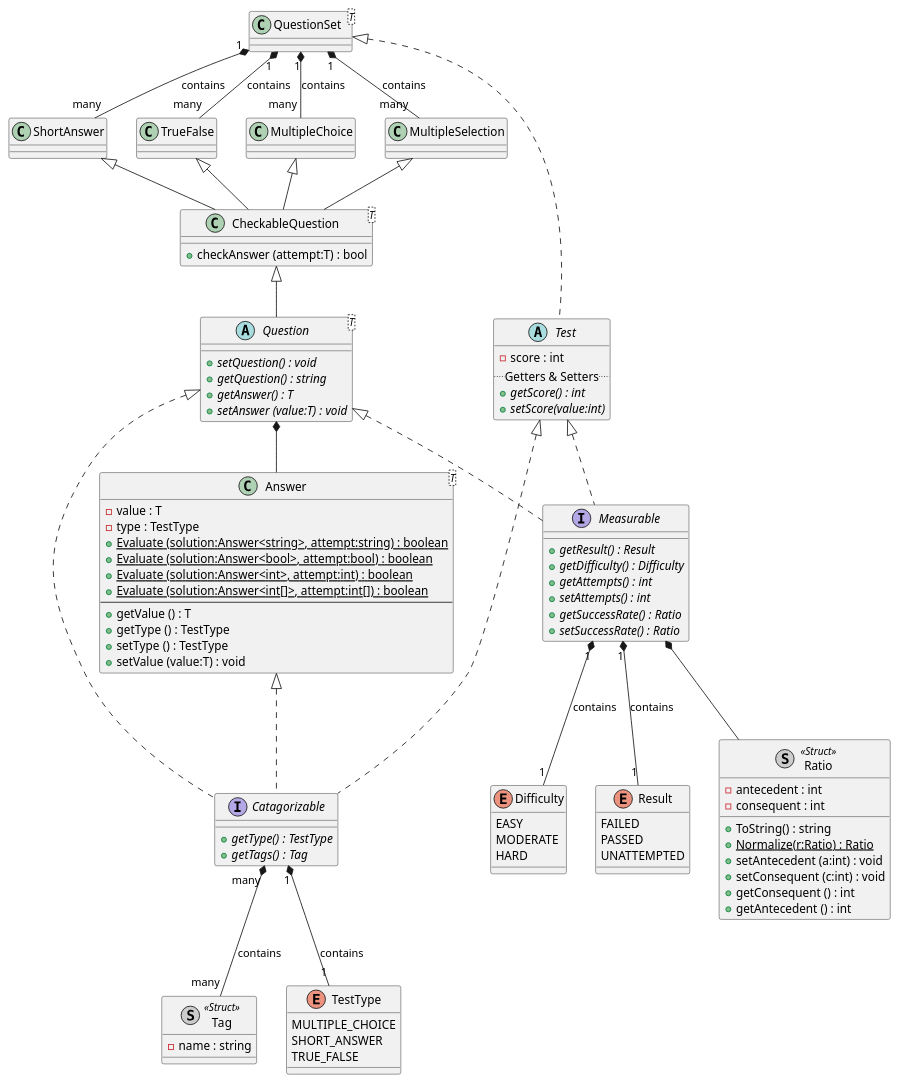
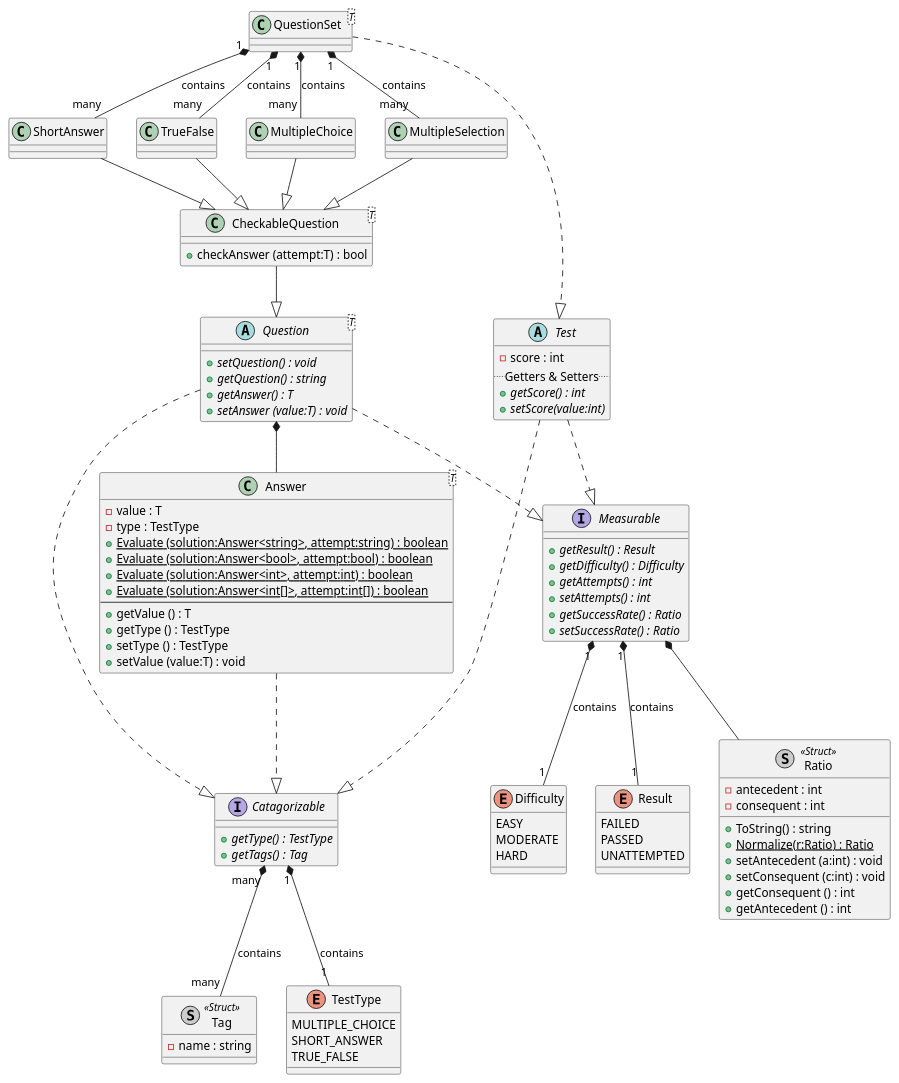
The diagram in uml/classes.puml (benjm-ma/quizzical), drawn with PlantUML before and after one commit.

Commit message:
Fixed some errors, adjusted the use of some notations

```diff
--- a/uml/classes.puml
+++ b/uml/classes.puml
@@ -1,113 +1,118 @@
-@startuml quizr
+@startuml quizzical
 
 
 class Tag << (S,#cccccc) Struct >>
 class Tag {
     - name : string
 }
 
 class Ratio << (S,#cccccc) Struct >>
 class Ratio {
     - antecedent : int
     - consequent : int
     + ToString() : string
     + {static} Normalize(r:Ratio) : Ratio
     + setAntecedent (a:int) : void
     + setConsequent (c:int) : void
     + getConsequent () : int
     + getAntecedent () : int
 }
 
 Measurable *-- Ratio
 interface Measurable {
     + {abstract} getResult() : Result
     + {abstract} getDifficulty() : Difficulty
     + {abstract} getAttempts() : int
     + {abstract} setAttempts() : int
     + {abstract} getSuccessRate() : Ratio
     + {abstract} setSuccessRate() : Ratio
 }
 
 Measurable "1" *-- "1" Difficulty : contains
 enum Difficulty {
     EASY
     MODERATE
     HARD
 }
 
 Measurable "1" *-- "1" Result : contains
 enum Result {
     FAILED
     PASSED
     UNATTEMPTED
 }
 
 Catagorizable "many" *-- "many" Tag :  contains
 interface Catagorizable {
     + {abstract} getType() : TestType
     + {abstract} getTags() : Tag
 }
 
 Catagorizable "1" *-- "1" TestType : contains
 enum TestType {
     MULTIPLE_CHOICE
     SHORT_ANSWER
     TRUE_FALSE
 }
 
-Question <|..Catagorizable
-Question <|.. Measurable
+Question ..|> Catagorizable
+Question ..|> Measurable
 Question *-- Answer
 abstract Question <T> {
     + {abstract} setQuestion() : void
     + {abstract} getQuestion() : string
     + {abstract} getAnswer() : T
     + {abstract} setAnswer (value:T) : void
 }
 
-CheckableQuestion <|-- Question
+CheckableQuestion --|> Question
 class CheckableQuestion <T> {
     + checkAnswer (attempt:T) : bool
 }
 
+MultipleChoice    --|> CheckableQuestion
+MultipleSelection --|> CheckableQuestion
+ShortAnswer       --|> CheckableQuestion
+TrueFalse         --|> CheckableQuestion
+class ShortAnswer { 
 
-MultipleChoice    <|--CheckableQuestion
-MultipleSelection <|--CheckableQuestion
-ShortAnswer       <|--CheckableQuestion
-TrueFalse         <|--CheckableQuestion
-class ShortAnswer { }
-class TrueFalse { }
+}
+class TrueFalse { 
 
-Test <|.. Catagorizable
-Test <|.. Measurable
+}
+
+Test ..|> Catagorizable
+Test ..|> Measurable
 abstract Test {
     - score : int
     ..Getters & Setters..
     + {abstract} getScore() : int
     + {abstract} setScore(value:int)
 }
 
 
 QuestionSet "1" *-- "many" TrueFalse: contains
 QuestionSet "1" *-- "many" ShortAnswer: contains
 QuestionSet "1" *-- "many" MultipleChoice: contains
 QuestionSet "1" *-- "many" MultipleSelection: contains
-QuestionSet <|.. Test
-class QuestionSet<T> { }
+QuestionSet ..|> Test
+class QuestionSet<T> { 
 
-Answer <|.. Catagorizable
+}
+
+Answer ..|> Catagorizable
 class Answer<T> {
     - value : T
     - type : TestType
     + {static} Evaluate (solution:Answer<string>, attempt:string) : boolean
     + {static} Evaluate (solution:Answer<bool>, attempt:bool) : boolean
     + {static} Evaluate (solution:Answer<int>, attempt:int) : boolean
     + {static} Evaluate (solution:Answer<int[]>, attempt:int[]) : boolean
     --
     + getValue () : T
     + getType () : TestType
     + setType () : TestType
     + setValue (value:T) : void
 }
 
 @enduml
```
